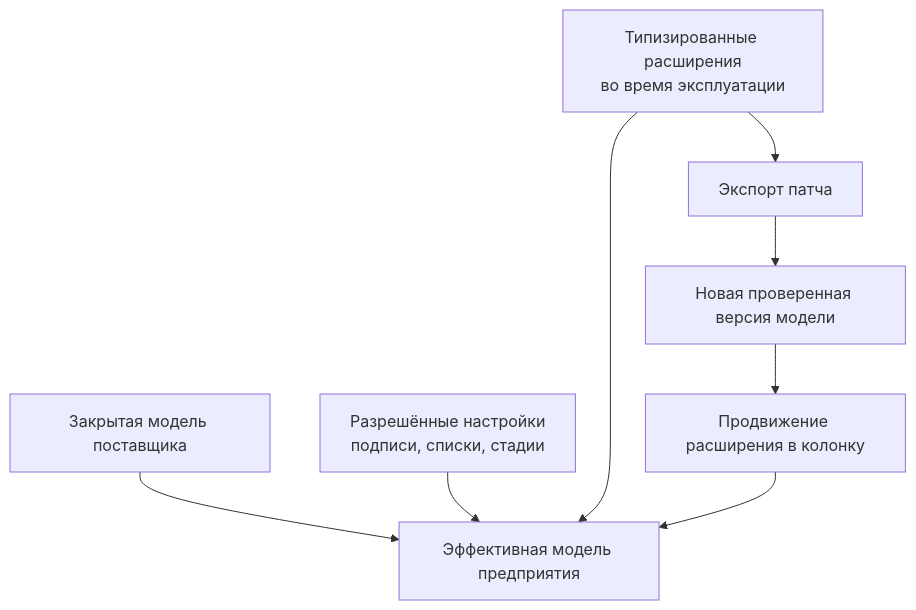
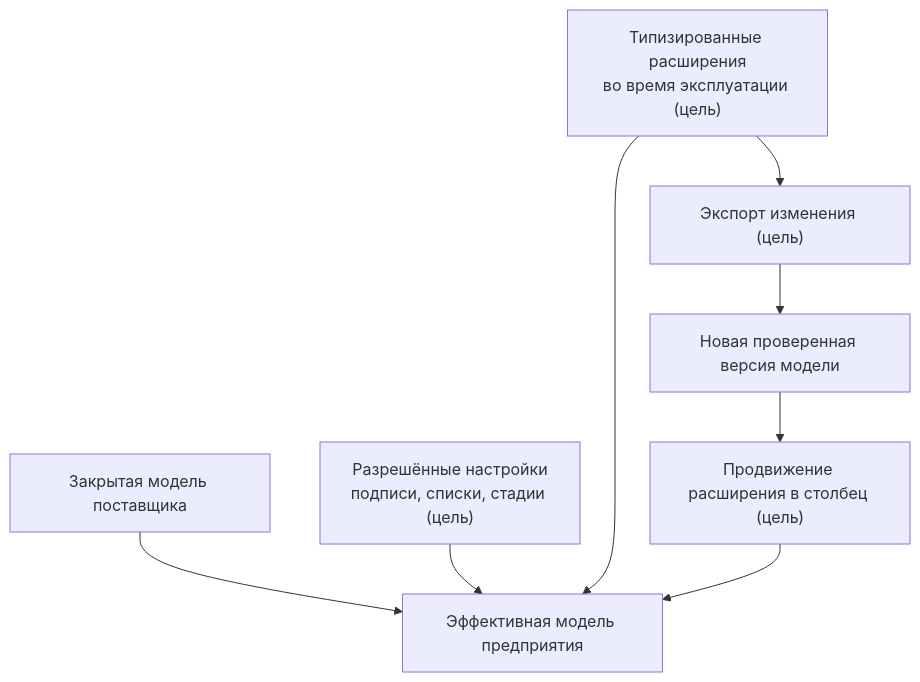
The diagram in wiki/Data-extensibility.md (ZelAnton/Interlink-product-book), drawn with Mermaid before and after one commit. The commit also changed other lines of this file and 67 other files, not shown here.

````diff
--- a/wiki/Data-extensibility.md
+++ b/wiki/Data-extensibility.md
@@ -9,10 +9,10 @@
 ```mermaid
 flowchart TD
     A["Закрытая модель поставщика"] --> D["Эффективная модель предприятия"]
-    B["Разрешённые настройки\nподписи, списки, стадии"] --> D
-    C["Типизированные расширения\nво время эксплуатации"] --> D
-    C --> E["Экспорт патча"]
+    B["Разрешённые настройки<br/>подписи, списки, стадии (цель)"] --> D
+    C["Типизированные расширения<br/>во время эксплуатации (цель)"] --> D
+    C --> E["Экспорт изменения (цель)"]
     E --> F["Новая проверенная версия модели"]
-    F --> G["Продвижение расширения в колонку"]
+    F --> G["Продвижение расширения в столбец (цель)"]
     G --> D
 ```
````
